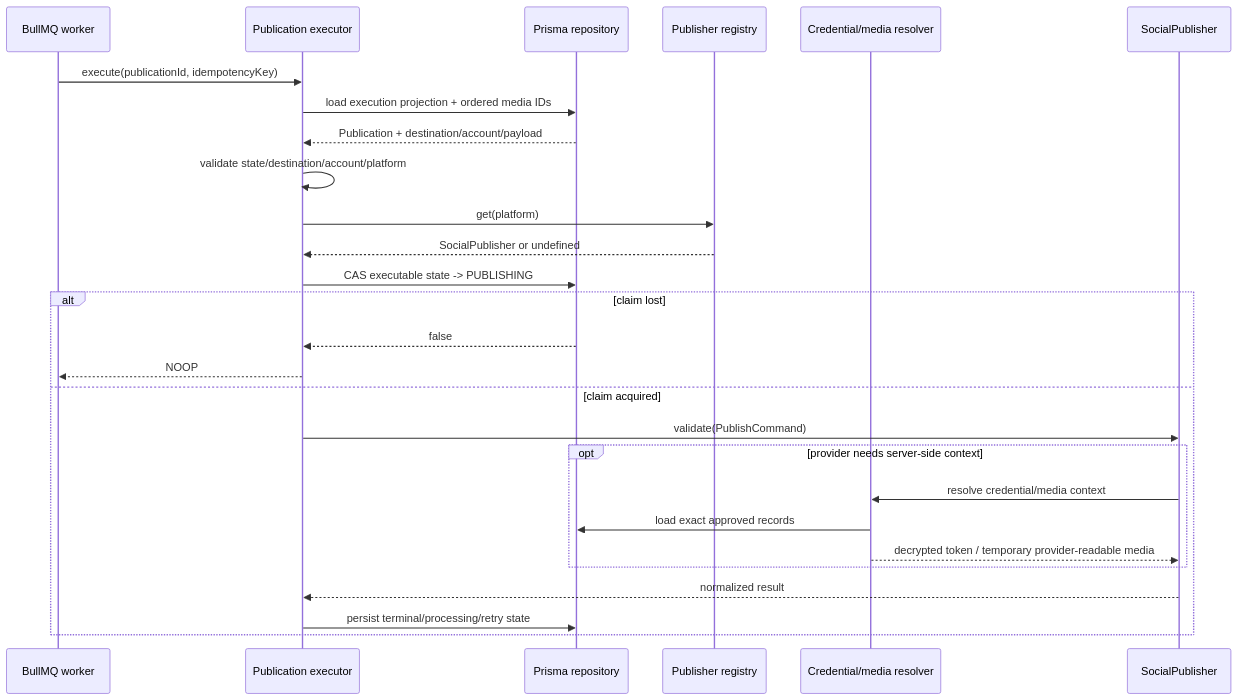
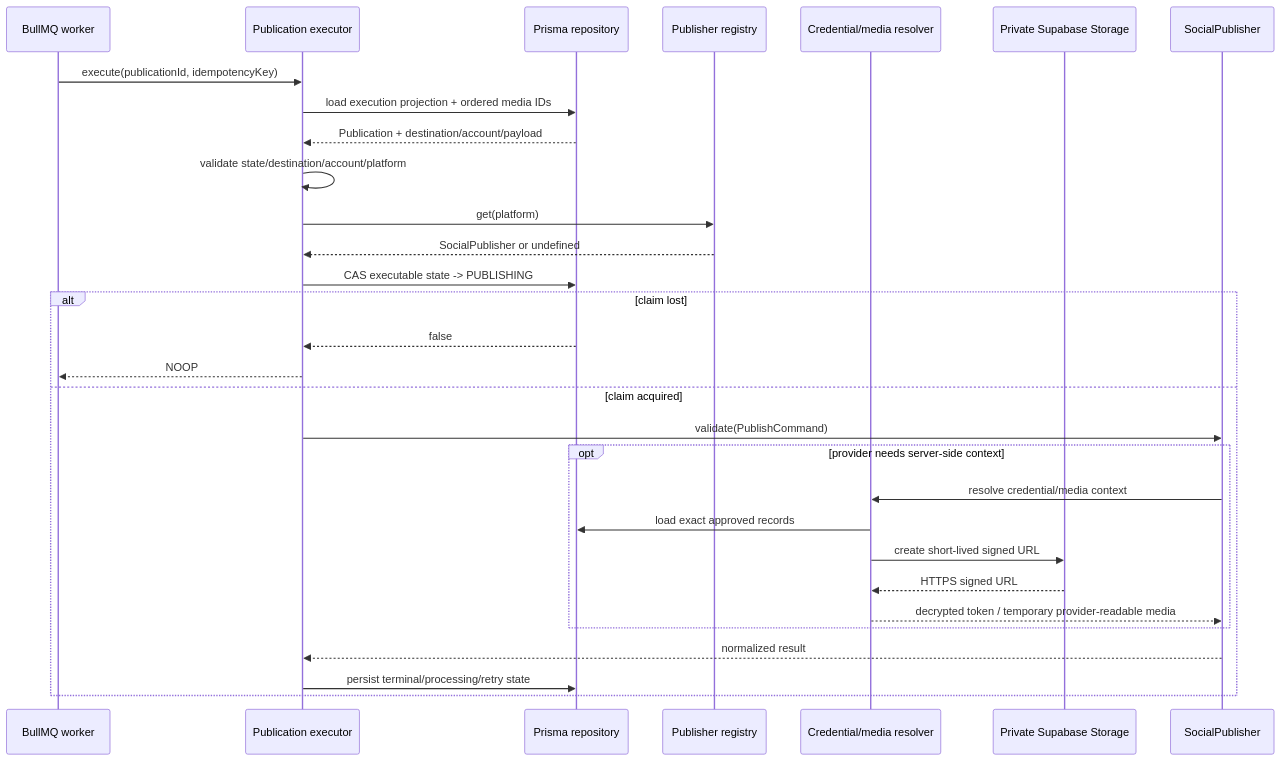
Before and after one commit to vitoo16/recruitops-platform: the diagram in docs/architecture/publication-execution.md, drawn with Mermaid. The commit also changed other lines of this file, not shown here.

Commit message:
docs: document provider media url resolver

````diff
--- a/docs/architecture/publication-execution.md
+++ b/docs/architecture/publication-execution.md
@@ -97,30 +107,33 @@
 ```mermaid
 sequenceDiagram
     participant Queue as BullMQ worker
     participant Executor as Publication executor
     participant DB as Prisma repository
     participant Registry as Publisher registry
     participant Resolver as Credential/media resolver
+    participant Storage as Private Supabase Storage
     participant Provider as SocialPublisher
 
     Queue->>Executor: execute(publicationId, idempotencyKey)
     Executor->>DB: load execution projection + ordered media IDs
     DB-->>Executor: Publication + destination/account/payload
     Executor->>Executor: validate state/destination/account/platform
     Executor->>Registry: get(platform)
     Registry-->>Executor: SocialPublisher or undefined
     Executor->>DB: CAS executable state -> PUBLISHING
     alt claim lost
         DB-->>Executor: false
         Executor-->>Queue: NOOP
     else claim acquired
         Executor->>Provider: validate(PublishCommand)
         opt provider needs server-side context
             Provider->>Resolver: resolve credential/media context
             Resolver->>DB: load exact approved records
+            Resolver->>Storage: create short-lived signed URL
+            Storage-->>Resolver: HTTPS signed URL
             Resolver-->>Provider: decrypted token / temporary provider-readable media
         end
         Provider-->>Executor: normalized result
         Executor->>DB: persist terminal/processing/retry state
     end
 ```
````
